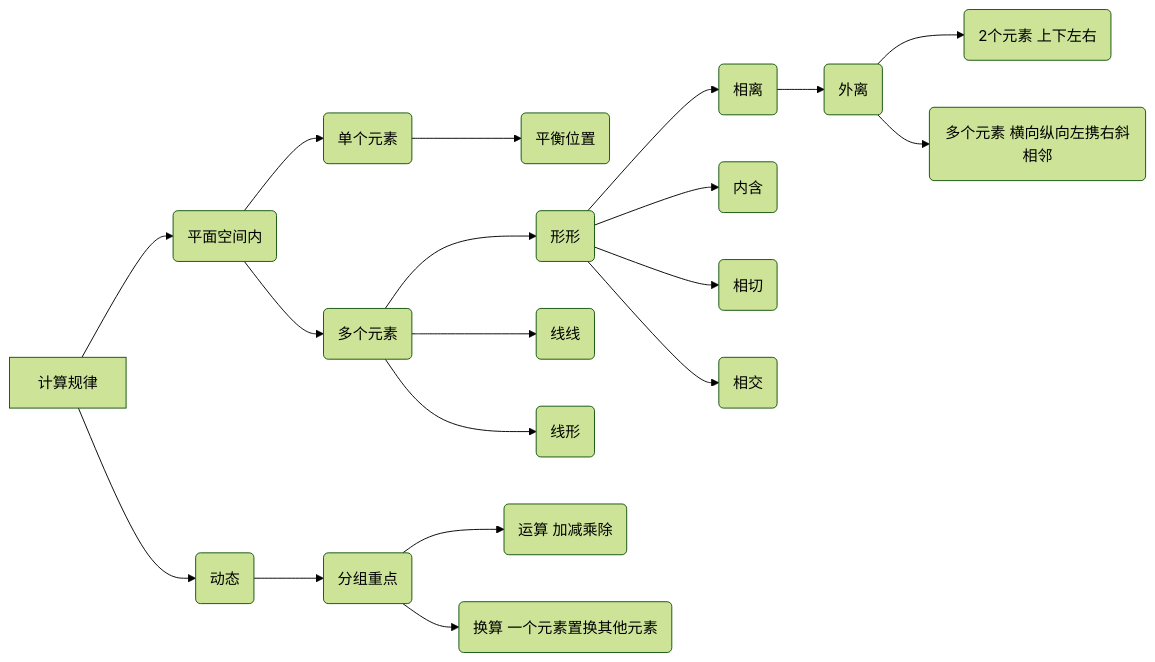
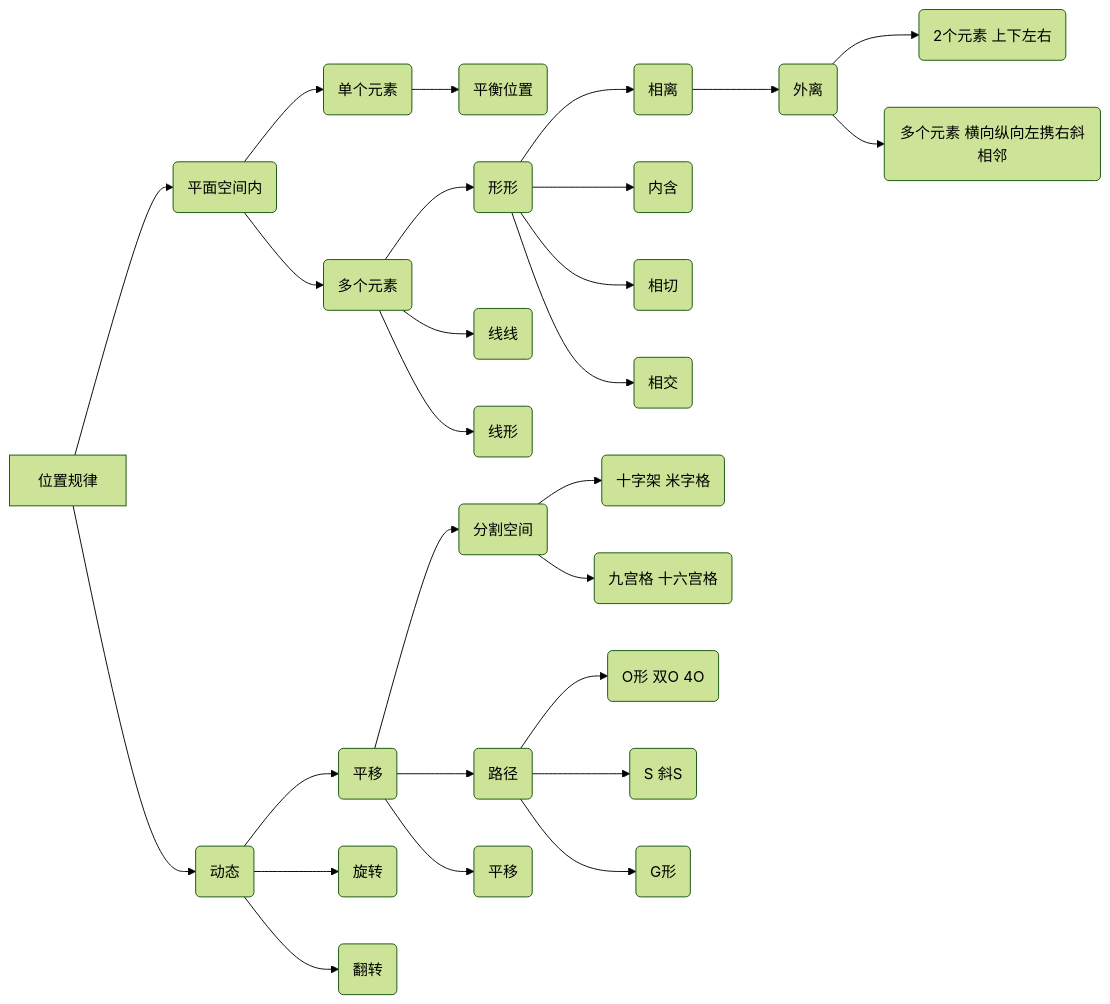
One commit to sunuanwuhou/ashore changed the eighth of 9 diagrams in src/main/gongwu/xingce/爆发/4.判断推理.md. Above: the diagram before and after it, drawn with Mermaid (forest theme). The commit also changed other lines of this file and 15 other files, not shown here.

````diff
--- a/src/main/gongwu/xingce/爆发/4.判断推理.md
+++ b/src/main/gongwu/xingce/爆发/4.判断推理.md
@@ -692,33 +692,47 @@
  ```mermaid
   
   graph LR
   
- A[计算规律] -->C(平面空间内)
+ A[位置规律] -->C(平面空间内)
  C -->D(单个元素)
  D--> D1(平衡位置)
  C --> E(多个元素)
  
 E --> E21(形形)
 E21 --> E211(相离)
 
 E211 --> N(外离)
 N --> N1(2个元素 上下左右)
 N --> N2(多个元素 横向纵向左携右斜相邻)
 E21 --> W(内含)
 
 E21 -->E212(相切)
 E21 --> E13(相交)
 
 E -->E22(线线)
 E --> E23(线形)
 
   
  A -->B(动态)
- B -->B1(分组重点)
- B1 -->B11(运算 加减乘除)
- B1 -->B12(换算 一个元素置换其他元素)
+ B -->B1(平移)
+  B1 -->B11(分割空间)
+    B11 -->B111(十字架 米字格)
+        B11 -->B112(九宫格 十六宫格)
+  B1 -->B12(路径)
+  B12 -->B121(O形 双O 4O)
+    B12 -->B122(S 斜S)
+      B12 -->B123(G形)
+  
+  
+  B1 -->B13(平移)
+  
+  
+  
+ B -->B2(旋转)
+  B -->B3(翻转)
+
  
 
 
 
  ```
````
